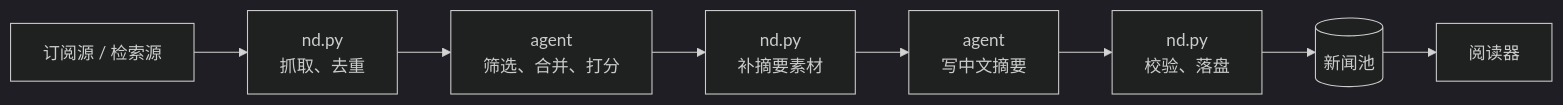
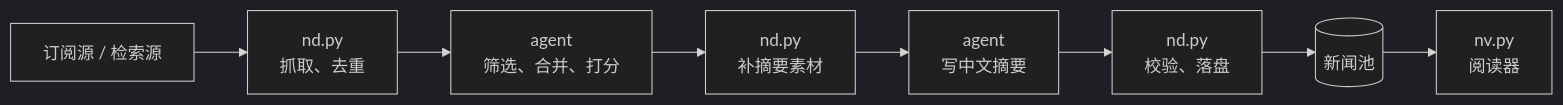
The diagram in README.md (lxucs/news-pool), drawn with Mermaid (dark theme) before and after one commit. The commit also changed other lines of this file and 98 other files, not shown here.

````diff
--- a/README.md
+++ b/README.md
@@ -113,10 +123,10 @@
 ```mermaid
 flowchart LR
     S["订阅源 / 检索源"] --> F["nd.py<br>抓取、去重"]
     F --> T["agent<br>筛选、合并、打分"]
     T --> L["nd.py<br>补摘要素材"]
     L --> E["agent<br>写中文摘要"]
     E --> C["nd.py<br>校验、落盘"]
     C --> P[("新闻池")]
-    P --> V["阅读器"]
+    P --> V["nv.py<br>阅读器"]
 ```
````
